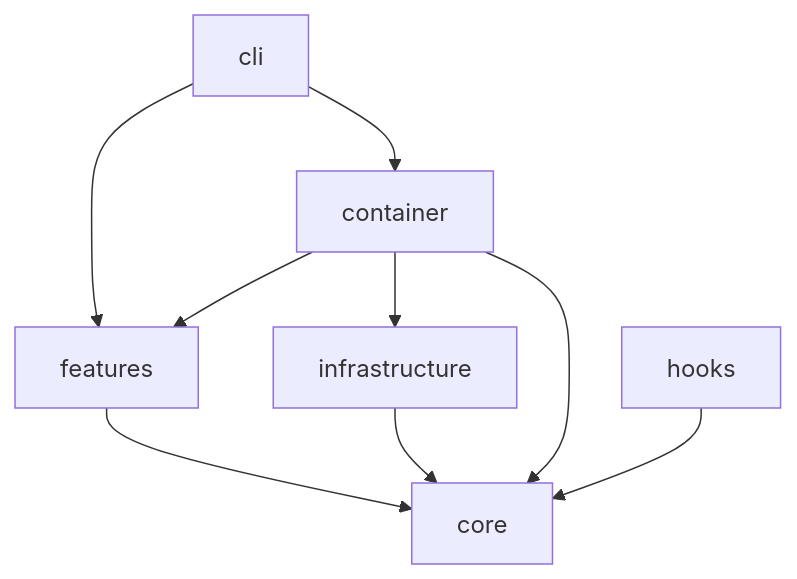
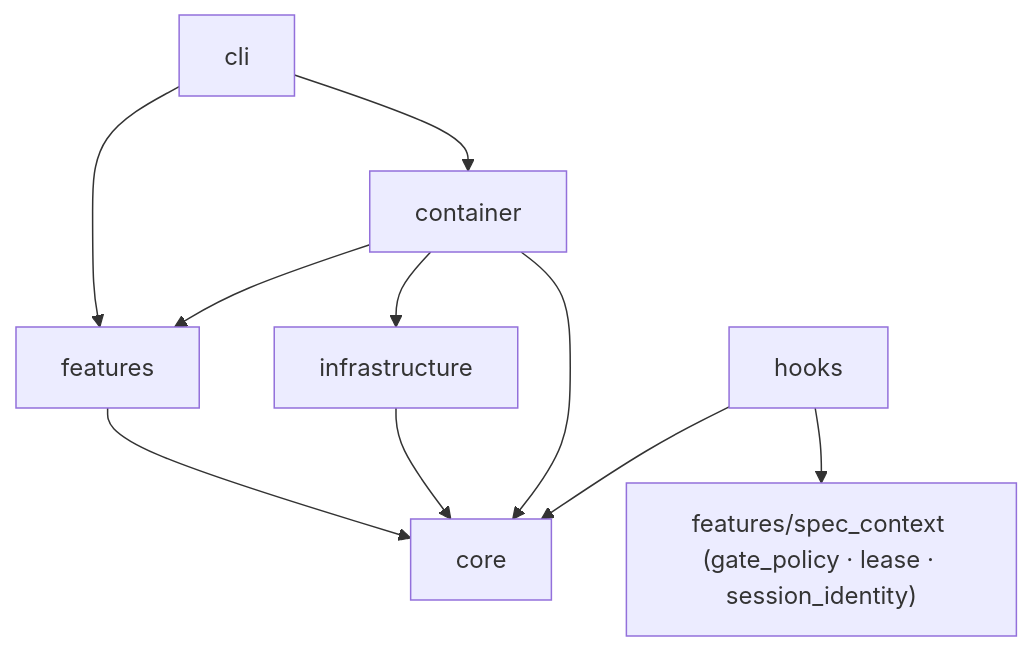
The first of 2 diagrams in specs/memory/architecture.md (marcoaureliomenezes/dadaia-workspace), drawn with Mermaid before and after one commit. The commit also changed other lines of this file and 29 other files, not shown here.

````diff
--- a/specs/memory/architecture.md
+++ b/specs/memory/architecture.md
@@ -327,11 +118,12 @@
 ```mermaid
 flowchart TB
     cli --> features
     cli --> container
     features --> core
     infrastructure --> core
     container --> features
     container --> infrastructure
     container --> core
     hooks --> core
+    hooks --> spec_context["features/spec_context (gate_policy · lease · session_identity)"]
 ```
````
